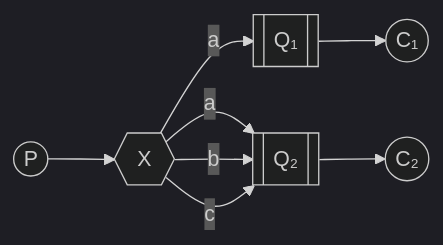
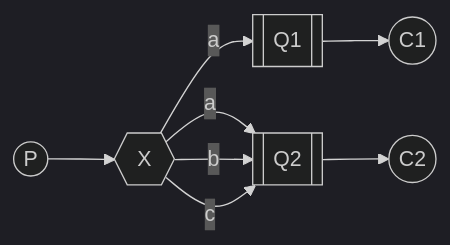
Before and after one commit to forwardNow/blog: the fourth of 5 diagrams in docs/back-end/java/spring/springcloud/01.SpringCloud-黑马-教程.md, drawn with Mermaid (dark theme). The commit also changed other lines of this file, not shown here.

````diff
--- a/docs/back-end/java/spring/springcloud/01.SpringCloud-黑马-教程.md
+++ b/docs/back-end/java/spring/springcloud/01.SpringCloud-黑马-教程.md
@@ -3202,23 +3202,23 @@
 ```mermaid
 flowchart LR
     P((P))
     X{{X}}
-    Q1[[Q₁]]
-    Q2[[Q₂]]
-    C1((C₁))
-    C2((C₂))
+    Q1[[Q1]]
+    Q2[[Q2]]
+    C1((C1))
+    C2((C2))
 
     P --> X
     X -- a --> Q1 & Q2
     X -- b --> Q2
     X -- c --> Q2
     Q1 --> C1
     Q2 --> C2
 
     class P mermaid-producer
     class X mermaid-exchange
     class Q1 mermaid-queue
     class Q2 mermaid-queue
     class C1 mermaid-consumer
     class C2 mermaid-consumer
 ```
````
